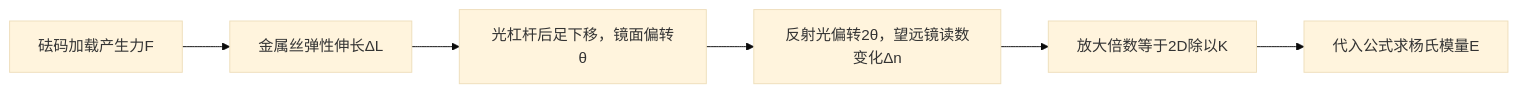
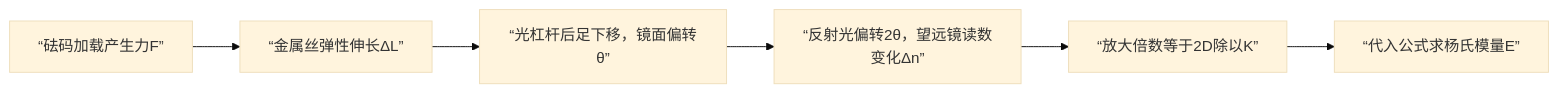
Before and after one commit to LiuandXu/physics-experiment-wiki: the diagram in docs/05-杨氏模量.md, drawn with Mermaid (base theme). The commit also changed other lines of this file and 9 other files, not shown here.

````diff
--- a/docs/05-杨氏模量.md
+++ b/docs/05-杨氏模量.md
@@ -203,8 +203,8 @@
 ```mermaid
 flowchart LR
-    A["砝码加载产生力F"] --> B["金属丝弹性伸长ΔL"]
-    B --> C["光杠杆后足下移，镜面偏转θ"]
-    C --> D["反射光偏转2θ，望远镜读数变化Δn"]
-    D --> E["放大倍数等于2D除以K"]
-    E --> F["代入公式求杨氏模量E"]
+    A[“砝码加载产生力F”] --> B[“金属丝弹性伸长ΔL”]
+    B --> C[“光杠杆后足下移，镜面偏转θ”]
+    C --> D[“反射光偏转2θ，望远镜读数变化Δn”]
+    D --> E[“放大倍数等于2D除以K”]
+    E --> F[“代入公式求杨氏模量E”]
 ```
````
